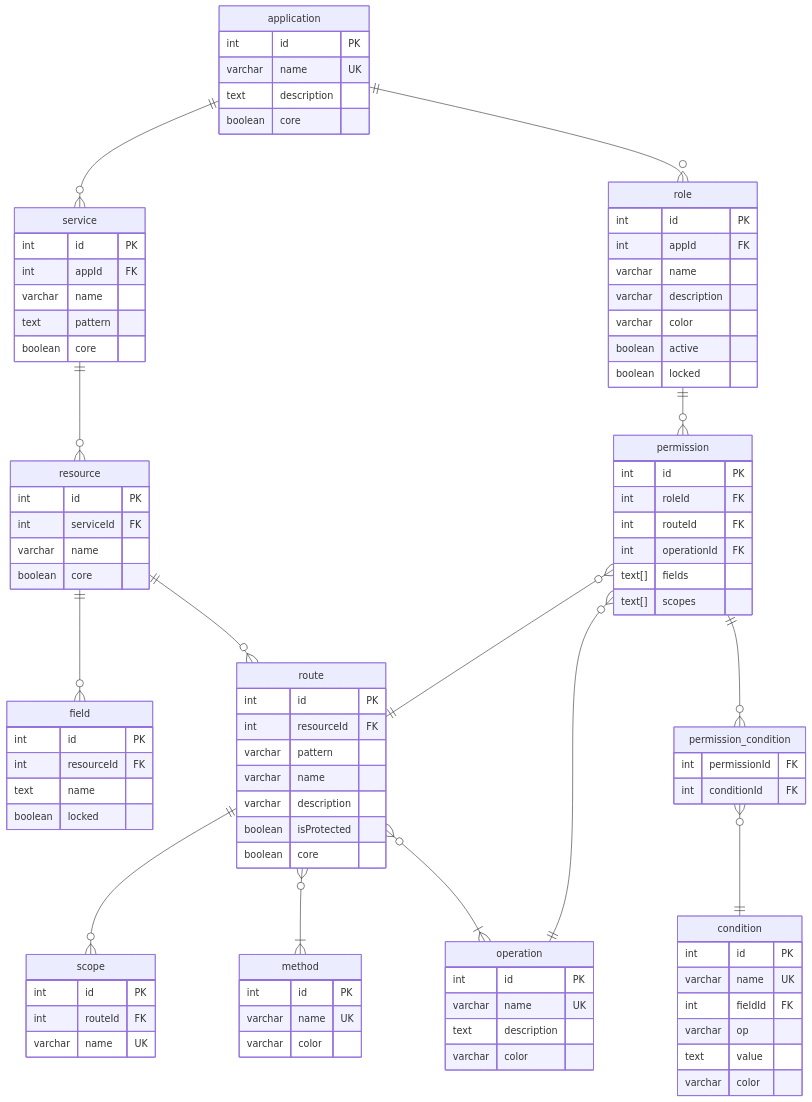
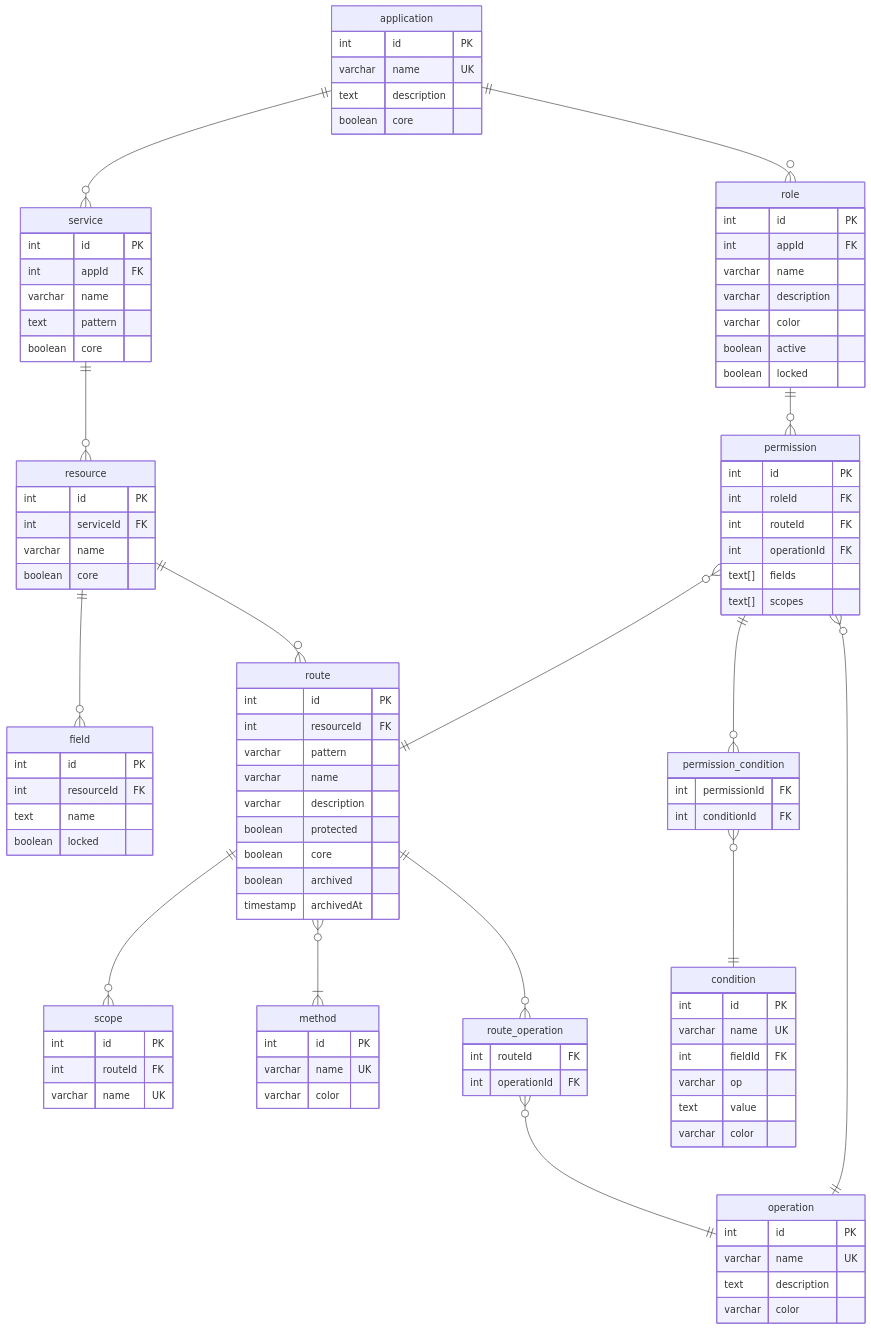
One commit to ALTEN-group/Gatelin changed the first of 2 diagrams in doc/erd.md. Above: the diagram before and after it, drawn with Mermaid.

Commit message:
feat(erd): update route and operation relationships

```diff
--- a/doc/erd.md
+++ b/doc/erd.md
@@ -15,13 +15,18 @@
   resource ||--o{ route : ""
   route ||--o{ scope : ""
   route }o--|{ method : ""
-  route }o--|{ operation : ""
+  route ||--o{ route_operation : ""
+  route_operation }o--|| operation : ""
 
   permission }o--|| route : ""
   permission }o--|| operation : ""
   permission ||--o{ permission_condition : ""
   permission_condition }o--|| condition : ""
 
+  route_operation {
+    int routeId FK
+    int operationId FK
+  }
   application {
     int id PK
     varchar name UK
@@ -83,8 +88,10 @@
     varchar pattern
     varchar name
     varchar description
-    boolean isProtected
+    boolean protected
     boolean core
+    boolean archived
+    timestamp archivedAt
   }
 
   method {
```
